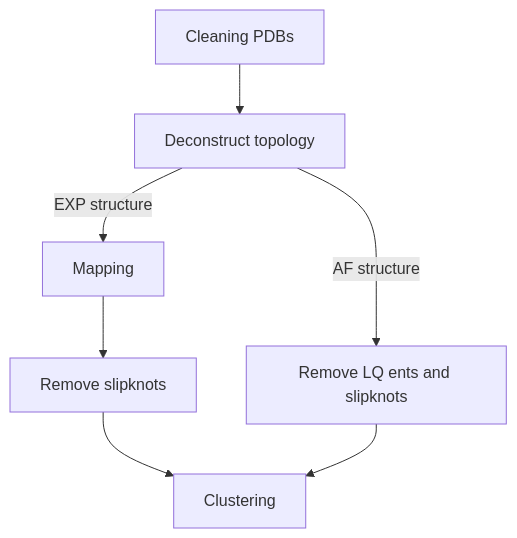
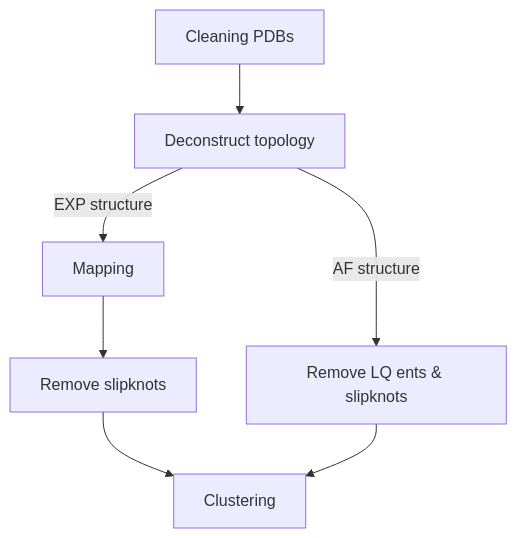
The diagram in Native_Entanglements_in_PDBs/README.md (obrien-lab-psu/Failure-to-Form_Native_Entanglements), drawn with Mermaid before and after one commit.

Commit message:
added mapping of entanglements to Native_Entanglements_in_PDBs

````diff
--- a/Native_Entanglements_in_PDBs/README.md
+++ b/Native_Entanglements_in_PDBs/README.md
@@ -7,9 +7,9 @@
 ```mermaid
 graph TD
     A[Cleaning PDBs] --> B[Deconstruct topology]
     B -- EXP structure --> C[Mapping] --> D[Remove slipknots] --> E[Clustering]
-    B -- AF structure --> F[Remove LQ ents and slipknots] --> E
+    B -- AF structure --> F[Remove LQ ents & slipknots] --> E
     click A "https://github.com/obrien-lab-psu/Failure-to-Form_Native_Entanglements/tree/main/Native_Entanglements_in_PDBs#cleaning-pdbs"
     click B "https://github.com/obrien-lab-psu/Failure-to-Form_Native_Entanglements/tree/main/Native_Entanglements_in_PDBs#deconstructing-structure-topology-into-raw-entanglements"
     click C "https://github.com/obrien-lab-psu/Failure-to-Form_Native_Entanglements/tree/main/Native_Entanglements_in_PDBs#mapping-of-experimental-pdb-resid-to-uniprot-canon"
 ``` 
````
